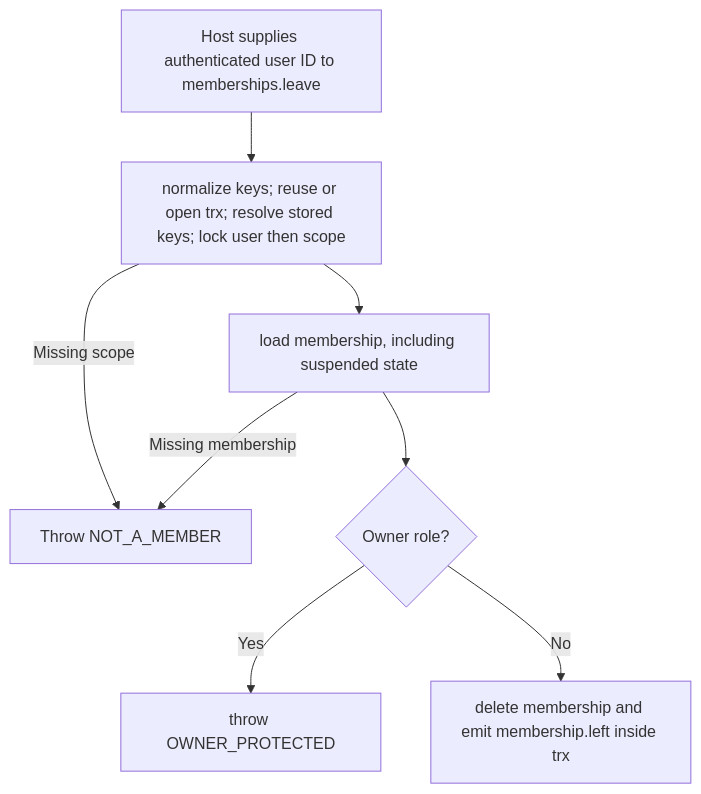
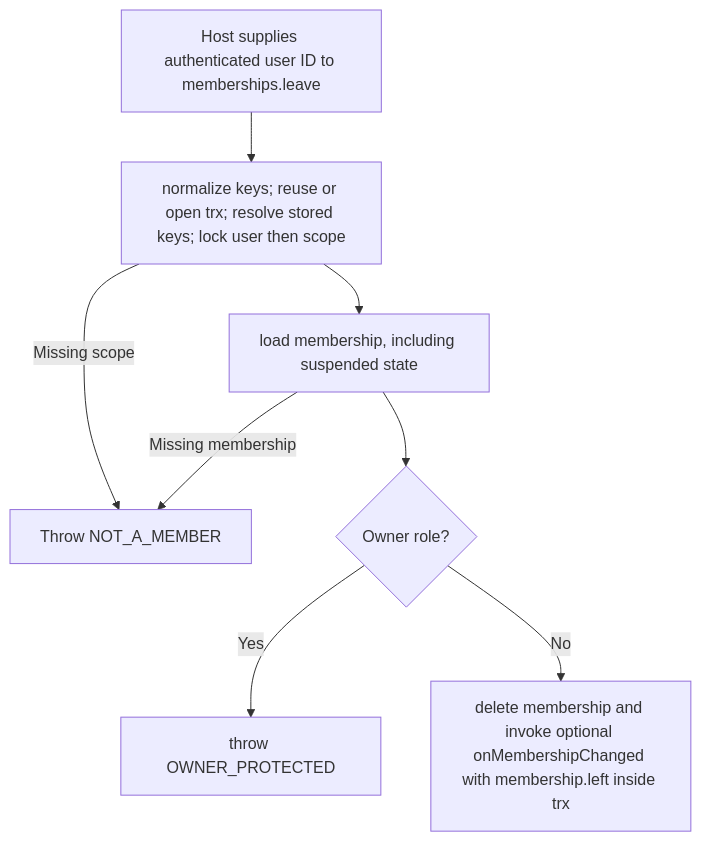
Before and after one commit to Kevinjohn/oss-adonisjs-access-control: the second of 2 diagrams in user-stories/US-ACCESS-07-leave-scope.md, drawn with Mermaid. The commit also changed other lines of this file and 22 other files, not shown here.

````diff
--- a/user-stories/US-ACCESS-07-leave-scope.md
+++ b/user-stories/US-ACCESS-07-leave-scope.md
@@ -32,10 +32,10 @@
 ```mermaid
 flowchart TD
     A["Host supplies authenticated user ID to memberships.leave"] --> B["normalize keys; reuse or open trx; resolve stored keys; lock user then scope"]
     B -->|Missing scope| X["Throw NOT_A_MEMBER"]
     B --> C["load membership, including suspended state"]
     C -->|Missing membership| X
     C --> D{"Owner role?"}
     D -->|Yes| E["throw OWNER_PROTECTED"]
-    D -->|No| F["delete membership and emit membership.left inside trx"]
+    D -->|No| F["delete membership and invoke optional onMembershipChanged with membership.left inside trx"]
 ```
````
